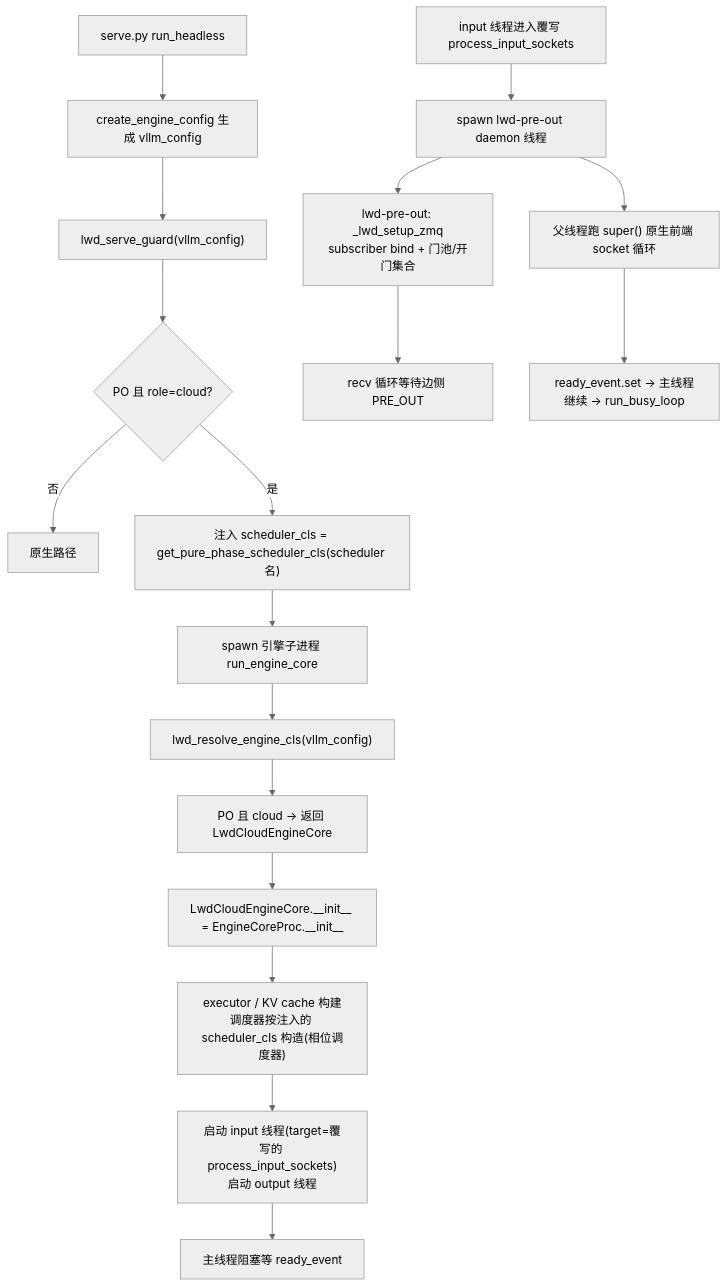
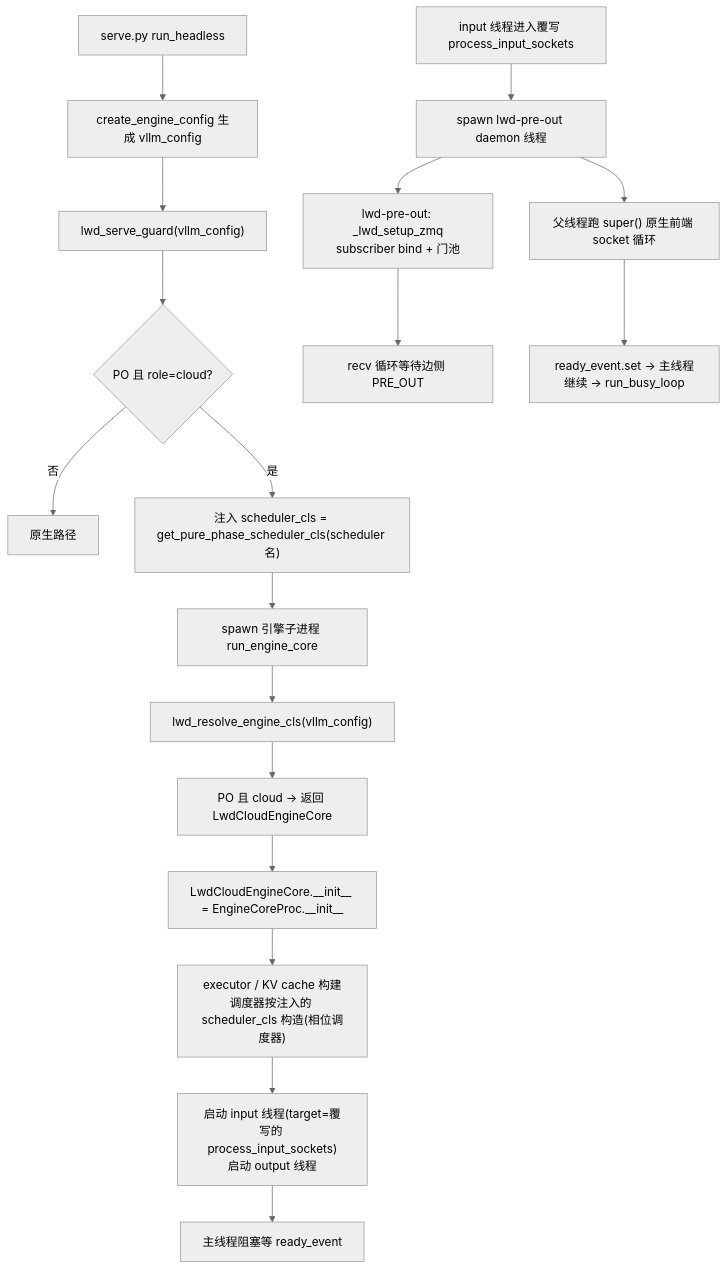
One commit to Chloe-orz/vllm-23.0 changed the second of 4 diagrams in docs/refactor/lwd_cloud_scheduler_design.md. Above: the diagram before and after it, drawn with Mermaid (neutral theme). The commit also changed other lines of this file and 2 other files, not shown here.

First line of the commit message:
refactor(lwd_cloud_scheduler): 重构云调度器门控逻辑与通信协议

````diff
--- a/docs/refactor/lwd_cloud_scheduler_design.md
+++ b/docs/refactor/lwd_cloud_scheduler_design.md
@@ -242,20 +242,20 @@
 ```mermaid
 flowchart TD
     A["serve.py run_headless"] --> B["create_engine_config 生成 vllm_config"]
     B --> C["lwd_serve_guard(vllm_config)"]
     C --> D{"PO 且 role=cloud?"}
     D -- 否 --> E["原生路径"]
     D -- 是 --> F["注入 scheduler_cls = get_pure_phase_scheduler_cls(scheduler 名)"]
     F --> G["spawn 引擎子进程 run_engine_core"]
     G --> H["lwd_resolve_engine_cls(vllm_config)"]
     H --> I["PO 且 cloud → 返回 LwdCloudEngineCore"]
     I --> J["LwdCloudEngineCore.__init__ = EngineCoreProc.__init__"]
     J --> K["executor / KV cache 构建<br>调度器按注入的 scheduler_cls 构造(相位调度器)"]
     K --> L["启动 input 线程(target=覆写的 process_input_sockets)<br>启动 output 线程"]
     L --> M["主线程阻塞等 ready_event"]
     L2["input 线程进入覆写 process_input_sockets"] --> N["spawn lwd-pre-out daemon 线程"]
     N --> O["父线程跑 super() 原生前端 socket 循环"]
-    N --> P["lwd-pre-out: _lwd_setup_zmq<br>subscriber bind + 门池/开门集合"]
+    N --> P["lwd-pre-out: _lwd_setup_zmq<br>subscriber bind + 门池"]
     P --> Q["recv 循环等待边侧 PRE_OUT"]
     O --> R["ready_event.set → 主线程继续 → run_busy_loop"]
 ```
````
